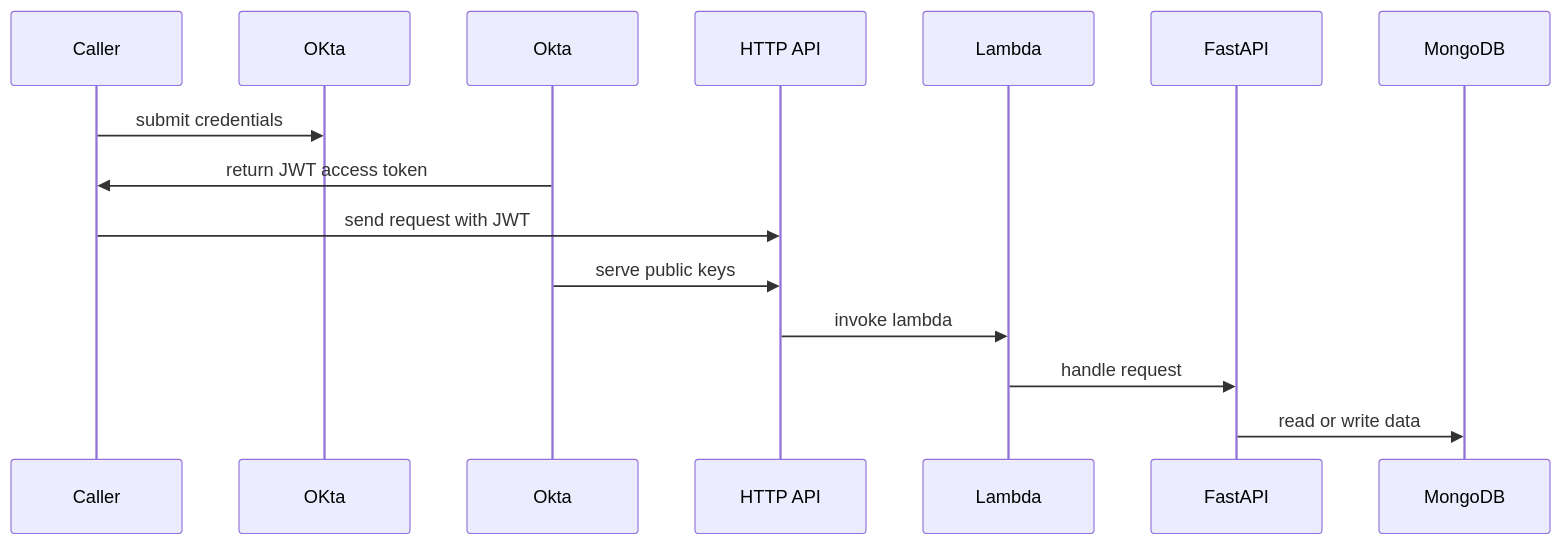
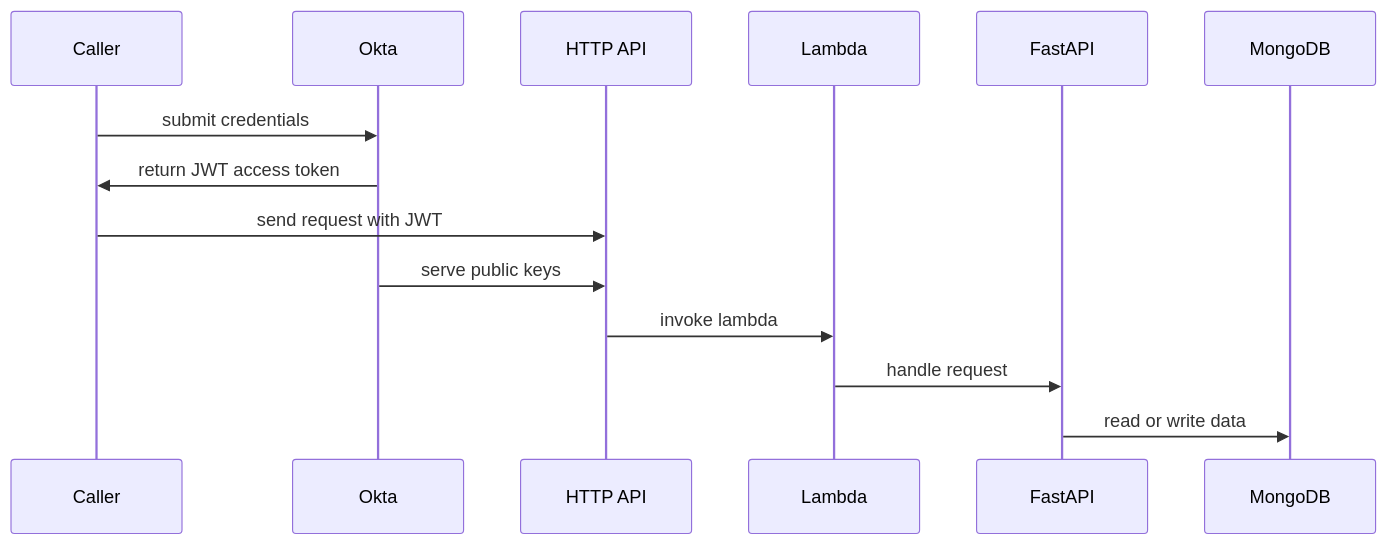
The diagram in docs/images/architecture-sequence-diagram.md (rkhullar/example-webapp), drawn with Mermaid before and after one commit.

````diff
--- a/docs/images/architecture-sequence-diagram.md
+++ b/docs/images/architecture-sequence-diagram.md
@@ -1,10 +1,10 @@
 ```mermaid
 sequenceDiagram
-Caller->>OKta: submit credentials
+Caller->>Okta: submit credentials
 Okta->>Caller: return JWT access token
 Caller->>HTTP API: send request with JWT
 Okta->>HTTP API: serve public keys
 HTTP API->>Lambda: invoke lambda
 Lambda->>FastAPI: handle request
 FastAPI->>MongoDB: read or write data
 ```
````
